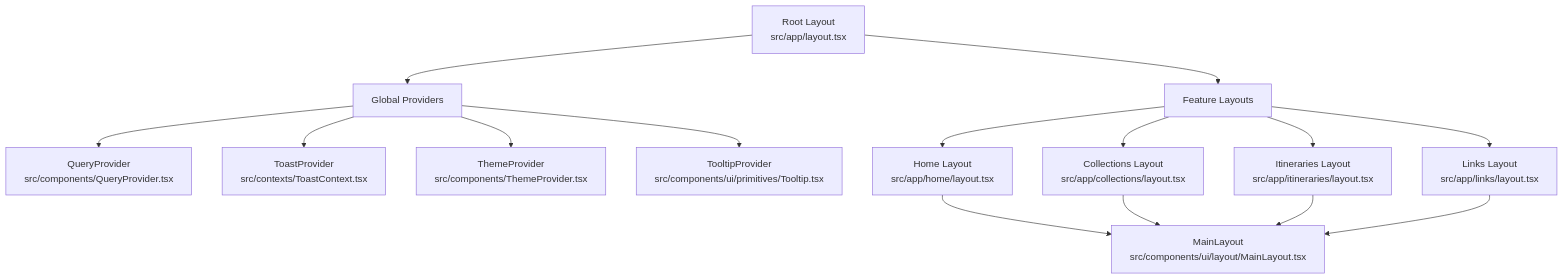
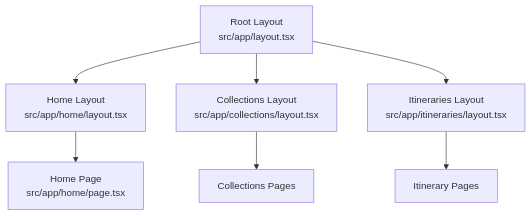
Before and after one commit to Meaetin/alibaba-hackathon: the first of 6 diagrams in .qoder/repowiki/en/content/Architecture Overview/System Design.md, drawn with Mermaid. The commit also changed other lines of this file and 241 other files, not shown here.

````diff
--- a/.qoder/repowiki/en/content/Architecture Overview/System Design.md
+++ b/.qoder/repowiki/en/content/Architecture Overview/System Design.md
@@ -46,17 +38,9 @@
 ```mermaid
 graph TB
-A["Root Layout<br/>src/app/layout.tsx"] --> B["Global Providers"]
-B --> C["QueryProvider<br/>src/components/QueryProvider.tsx"]
-B --> D["ToastProvider<br/>src/contexts/ToastContext.tsx"]
-B --> E["ThemeProvider<br/>src/components/ThemeProvider.tsx"]
-B --> F["TooltipProvider<br/>src/components/ui/primitives/Tooltip.tsx"]
-A --> G["Feature Layouts"]
-G --> H["Home Layout<br/>src/app/home/layout.tsx"]
-G --> I["Collections Layout<br/>src/app/collections/layout.tsx"]
-G --> J["Itineraries Layout<br/>src/app/itineraries/layout.tsx"]
-G --> K["Links Layout<br/>src/app/links/layout.tsx"]
-H --> L["MainLayout<br/>src/components/ui/layout/MainLayout.tsx"]
-I --> L
-J --> L
-K --> L
+A["Root Layout<br/>src/app/layout.tsx"] --> B["Home Layout<br/>src/app/home/layout.tsx"]
+A --> C["Collections Layout<br/>src/app/collections/layout.tsx"]
+A --> D["Itineraries Layout<br/>src/app/itineraries/layout.tsx"]
+B --> E["Home Page<br/>src/app/home/page.tsx"]
+C --> F["Collections Pages"]
+D --> G["Itinerary Pages"]
 ```
````
